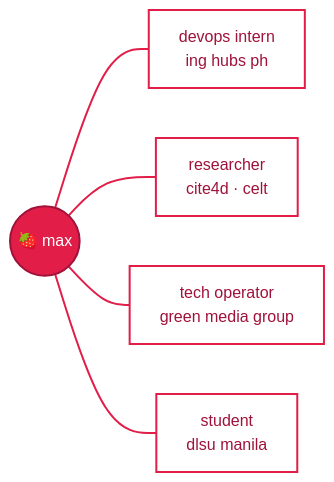
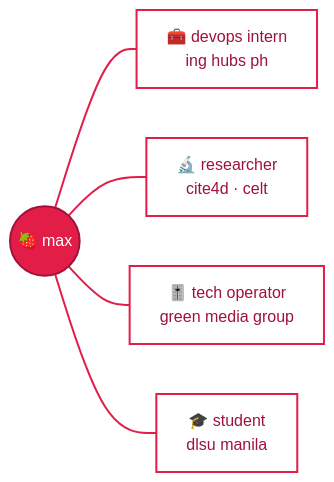
Before and after one commit to mbchavez27/mbchavez27: the fifth of 5 diagrams in README.md, drawn with Mermaid. The commit also changed other lines of this file, not shown here.

````diff
--- a/README.md
+++ b/README.md
@@ -71,13 +111,13 @@
 ```mermaid
 flowchart LR
-    me(("🍓 max")) --- a["devops intern<br/>ing hubs ph"]
-    me --- b["researcher<br/>cite4d · celt"]
-    me --- c["tech operator<br/>green media group"]
-    me --- d["student<br/>dlsu manila"]
+    me(("🍓 max")) --- a["🧰 devops intern<br/>ing hubs ph"]
+    me --- b["🔬 researcher<br/>cite4d · celt"]
+    me --- c["🎚️ tech operator<br/>green media group"]
+    me --- d["🎓 student<br/>dlsu manila"]
 
     classDef core fill:#e11d48,stroke:#9f1239,stroke-width:2px,color:#ffffff
     classDef leaf fill:#ffffff,stroke:#e11d48,stroke-width:2px,color:#9f1239
     class me core
     class a,b,c,d leaf
     linkStyle default stroke:#e11d48,stroke-width:2px
 ```
````
